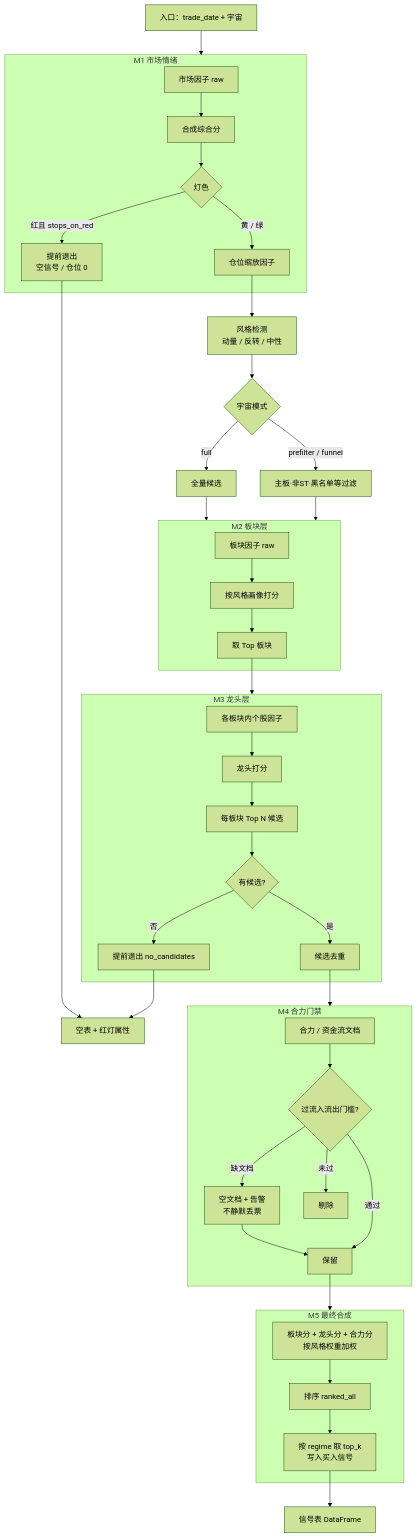
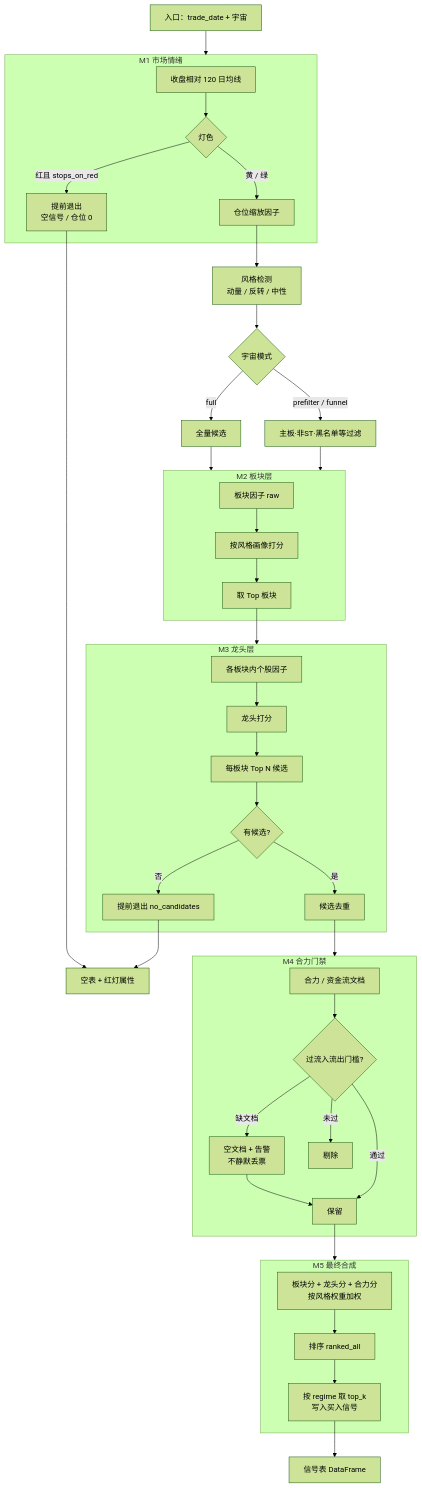
The second of 6 diagrams in zstock/strategy_management/doc/README.md (wllfengshu/TradingAgents-CN), drawn with Mermaid (forest theme) before and after one commit. The commit also changed other lines of this file and 34 other files, not shown here.

````diff
--- a/zstock/strategy_management/doc/README.md
+++ b/zstock/strategy_management/doc/README.md
@@ -107,55 +107,54 @@
 ```mermaid
 flowchart TB
     S0[入口：trade_date + 宇宙] --> M1
 
     subgraph M1[M1 市场情绪]
-        M1A[市场因子 raw] --> M1B[合成综合分]
-        M1B --> M1C{灯色}
+        M1A[收盘相对 120 日均线] --> M1C{灯色}
         M1C -->|红且 stops_on_red| M1X[提前退出<br/>空信号 / 仓位 0]
         M1C -->|黄 / 绿| M1D[仓位缩放因子]
     end
 
     M1D --> ST[风格检测<br/>动量 / 反转 / 中性]
     ST --> U{宇宙模式}
     U -->|full| U1[全量候选]
     U -->|prefilter / funnel| U2[主板·非ST·黑名单等过滤]
 
     U1 --> M2
     U2 --> M2
 
     subgraph M2[M2 板块层]
         M2A[板块因子 raw] --> M2B[按风格画像打分]
         M2B --> M2C[取 Top 板块]
     end
 
     M2C --> M3
 
     subgraph M3[M3 龙头层]
         M3A[各板块内个股因子] --> M3B[龙头打分]
         M3B --> M3C[每板块 Top N 候选]
         M3C --> M3D{有候选?}
         M3D -->|否| M3X[提前退出 no_candidates]
         M3D -->|是| M3E[候选去重]
     end
 
     M3E --> M4
 
     subgraph M4[M4 合力门禁]
         M4A[合力 / 资金流文档] --> M4B{过流入流出门槛?}
         M4B -->|缺文档| M4W[空文档 + 告警<br/>不静默丢票]
         M4B -->|未过| M4D[剔除]
         M4B -->|通过| M4E[保留]
         M4W --> M4E
     end
 
     M4E --> M5
 
     subgraph M5[M5 最终合成]
         M5A[板块分 + 龙头分 + 合力分<br/>按风格权重加权] --> M5B[排序 ranked_all]
         M5B --> M5C[按 regime 取 top_k<br/>写入买入信号]
     end
 
     M5C --> OUT[信号表 DataFrame]
     M1X --> OUT0[空表 + 红灯属性]
     M3X --> OUT0
 ```
````
